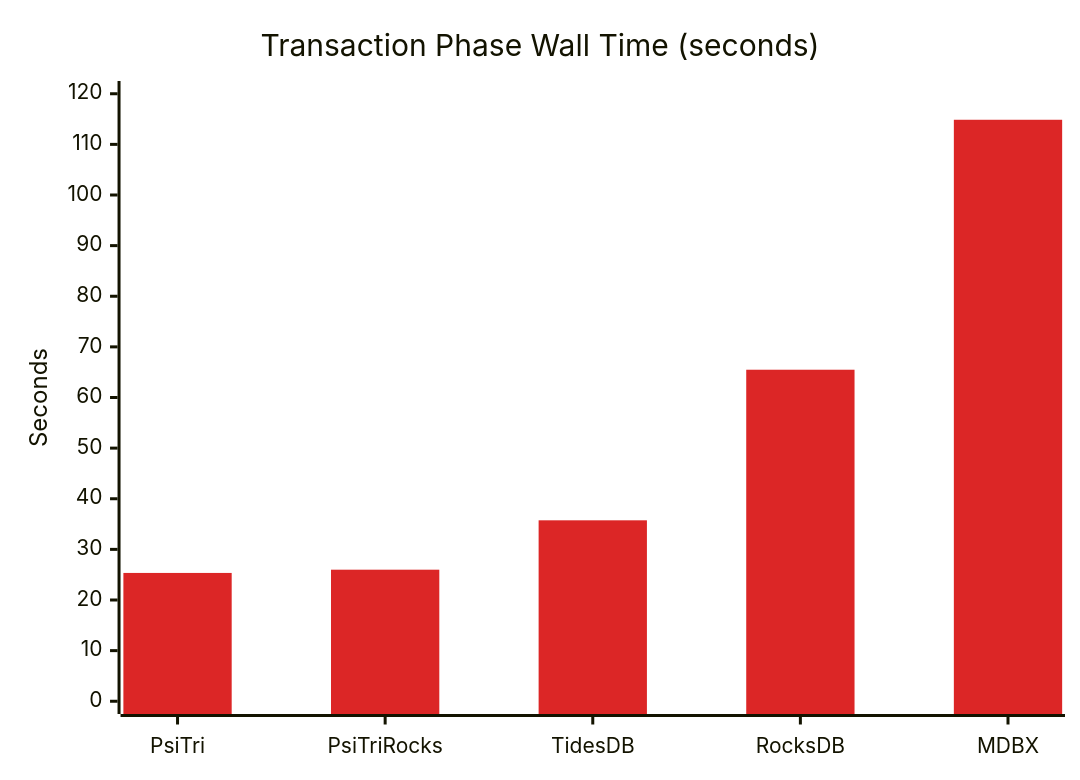
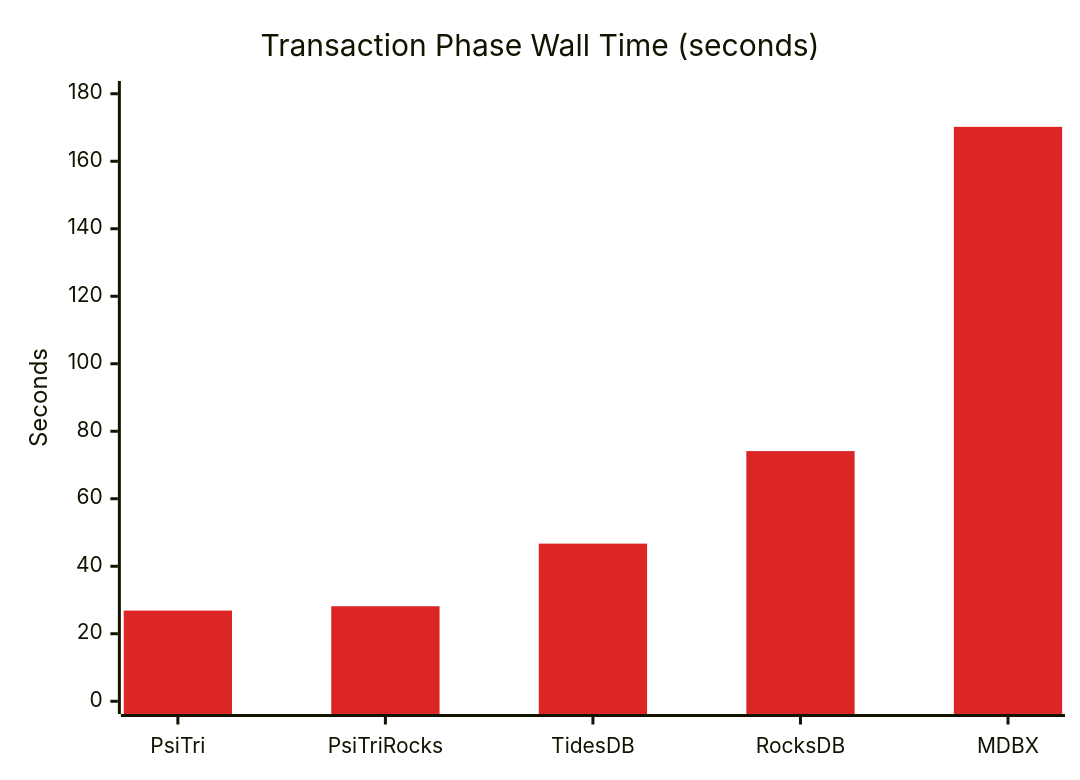
Before and after one commit to gofractally/arbtrie: the third of 5 diagrams in programs/BANK_BENCHMARK.md, drawn with Mermaid. The commit also changed other lines of this file and 2 other files, not shown here.

````diff
--- a/programs/BANK_BENCHMARK.md
+++ b/programs/BANK_BENCHMARK.md
@@ -114,8 +120,8 @@
 ```mermaid
 %%{init: {'theme': 'base', 'themeVariables': {'xyChart': {'plotColorPalette': '#DC2626'}}}}%%
 xychart-beta
     title "Transaction Phase Wall Time (seconds)"
     x-axis ["PsiTri", "PsiTriRocks", "TidesDB", "RocksDB", "MDBX"]
-    y-axis "Seconds" 0 --> 120
-    bar [25.346, 25.986, 35.741, 65.486, 114.861]
+    y-axis "Seconds" 0 --> 180
+    bar [26.869, 28.159, 46.702, 74.122, 170.193]
 ```
````
